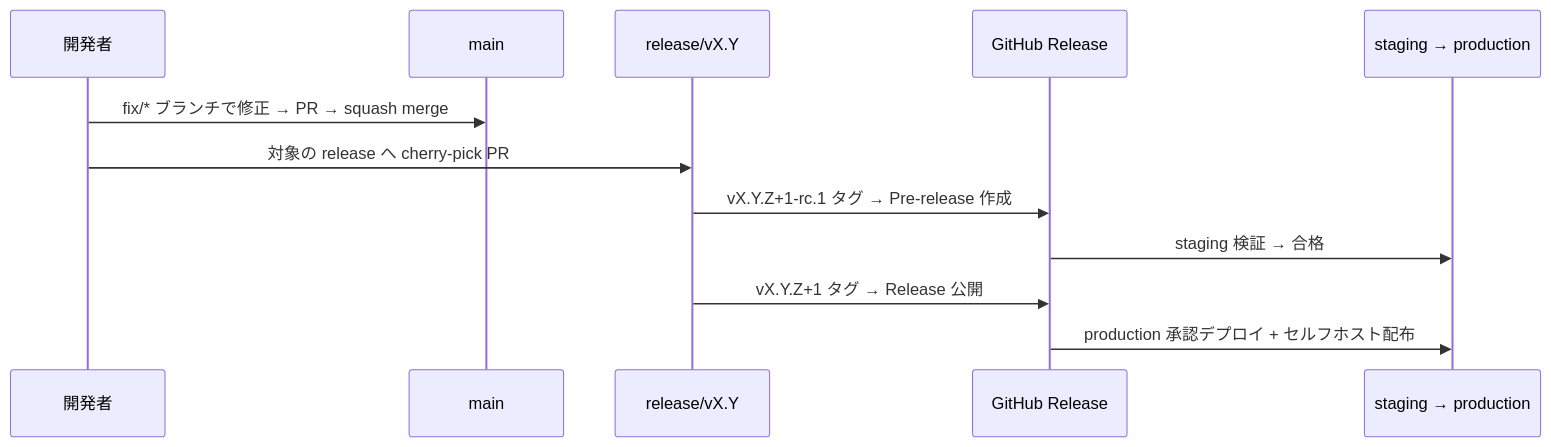
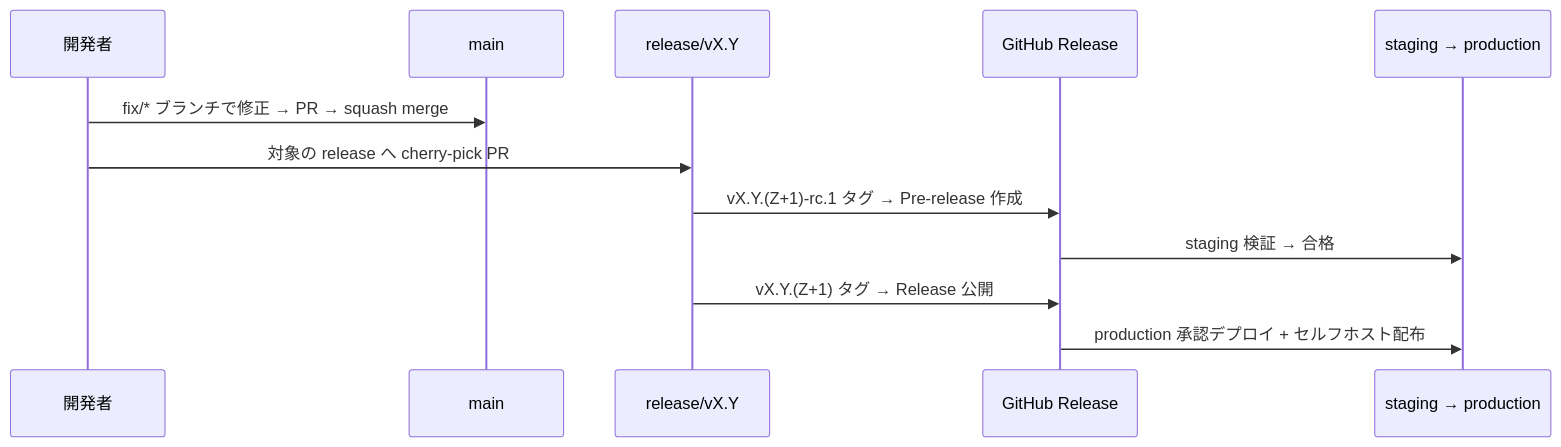
The diagram in docs/standards/incident.md (ykgw-daiki-nakamura/nakamura-git-tutorial), drawn with Mermaid before and after one commit. The commit also changed other lines of this file and 1 other file, not shown here.

````diff
--- a/docs/standards/incident.md
+++ b/docs/standards/incident.md
@@ -11,14 +29,14 @@
 ```mermaid
 sequenceDiagram
   participant Dev as 開発者
   participant Main as main
   participant Rel as release/vX.Y
   participant GH as GitHub Release
   participant Env as staging → production
   Dev->>Main: fix/* ブランチで修正 → PR → squash merge
   Dev->>Rel: 対象の release へ cherry-pick PR
-  Rel->>GH: vX.Y.Z+1-rc.1 タグ → Pre-release 作成
+  Rel->>GH: vX.Y.(Z+1)-rc.1 タグ → Pre-release 作成
   GH->>Env: staging 検証 → 合格
-  Rel->>GH: vX.Y.Z+1 タグ → Release 公開
+  Rel->>GH: vX.Y.(Z+1) タグ → Release 公開
   GH->>Env: production 承認デプロイ + セルフホスト配布
 ```
````
